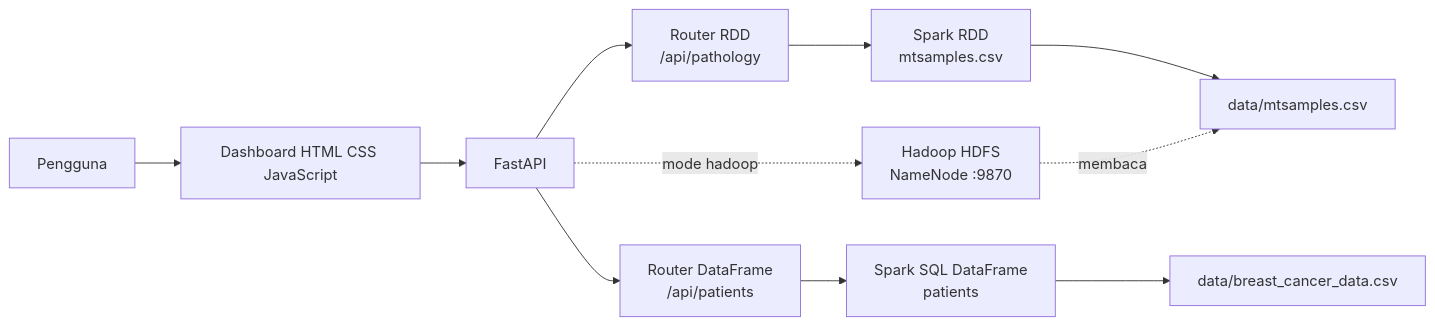
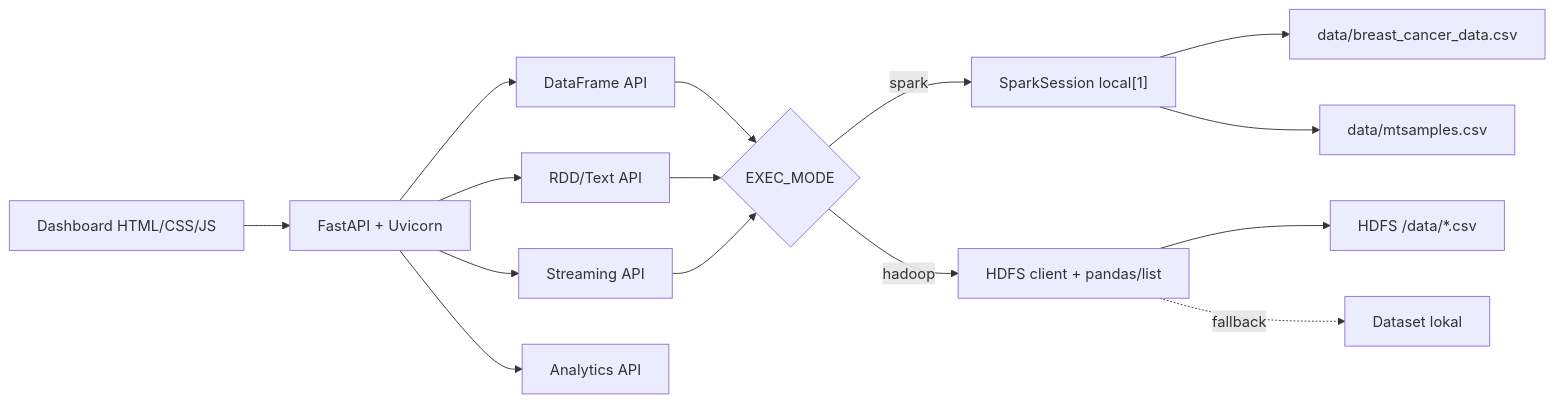
The diagram in README.md (Deikazen/big-data-apache-spark), drawn with Mermaid before and after one commit. The commit also changed other lines of this file, not shown here.

````diff
--- a/README.md
+++ b/README.md
@@ -41,17 +18,19 @@
 ```mermaid
 flowchart LR
-    U["Pengguna"] --> UI["Dashboard HTML CSS JavaScript"]
-    UI --> API["FastAPI"]
+    Browser["Dashboard HTML/CSS/JS"] --> API["FastAPI + Uvicorn"]
+    API --> Patients["DataFrame API"]
+    API --> Pathology["RDD/Text API"]
+    API --> Stream["Streaming API"]
+    API --> Metrics["Analytics API"]
 
-    API --> R["Router RDD<br/>/api/pathology"]
-    API --> DF["Router DataFrame<br/>/api/patients"]
+    Patients --> Engine{"EXEC_MODE"}
+    Pathology --> Engine
+    Stream --> Engine
+    Engine -->|spark| Spark["SparkSession local[1]"]
+    Engine -->|hadoop| Hadoop["HDFS client + pandas/list"]
 
-    R --> RDD["Spark RDD<br/>mtsamples.csv"]
-    DF --> SQL["Spark SQL DataFrame<br/>patients"]
-
-    RDD --> P["data/mtsamples.csv"]
-    SQL --> C["data/breast_cancer_data.csv"]
-
-    API -. mode hadoop .-> HDFS["Hadoop HDFS<br/>NameNode :9870"]
-    HDFS -. membaca .-> P
+    Spark --> CSV1["data/breast_cancer_data.csv"]
+    Spark --> CSV2["data/mtsamples.csv"]
+    Hadoop --> HDFS["HDFS /data/*.csv"]
+    Hadoop -. fallback .-> Local["Dataset lokal"]
 ```
````
